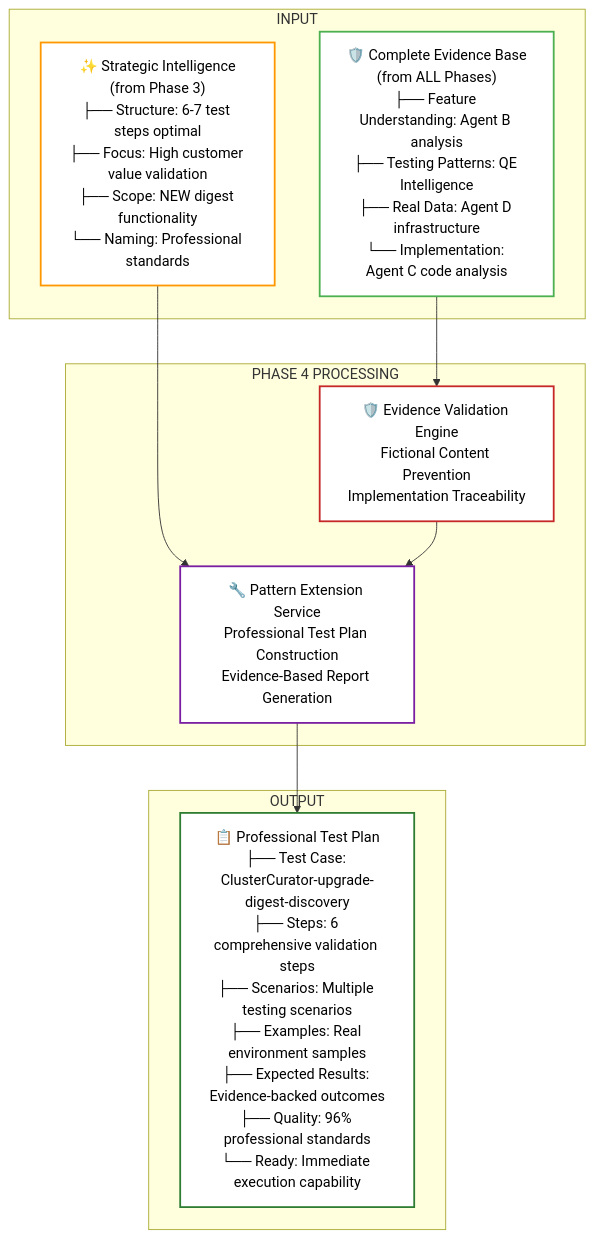
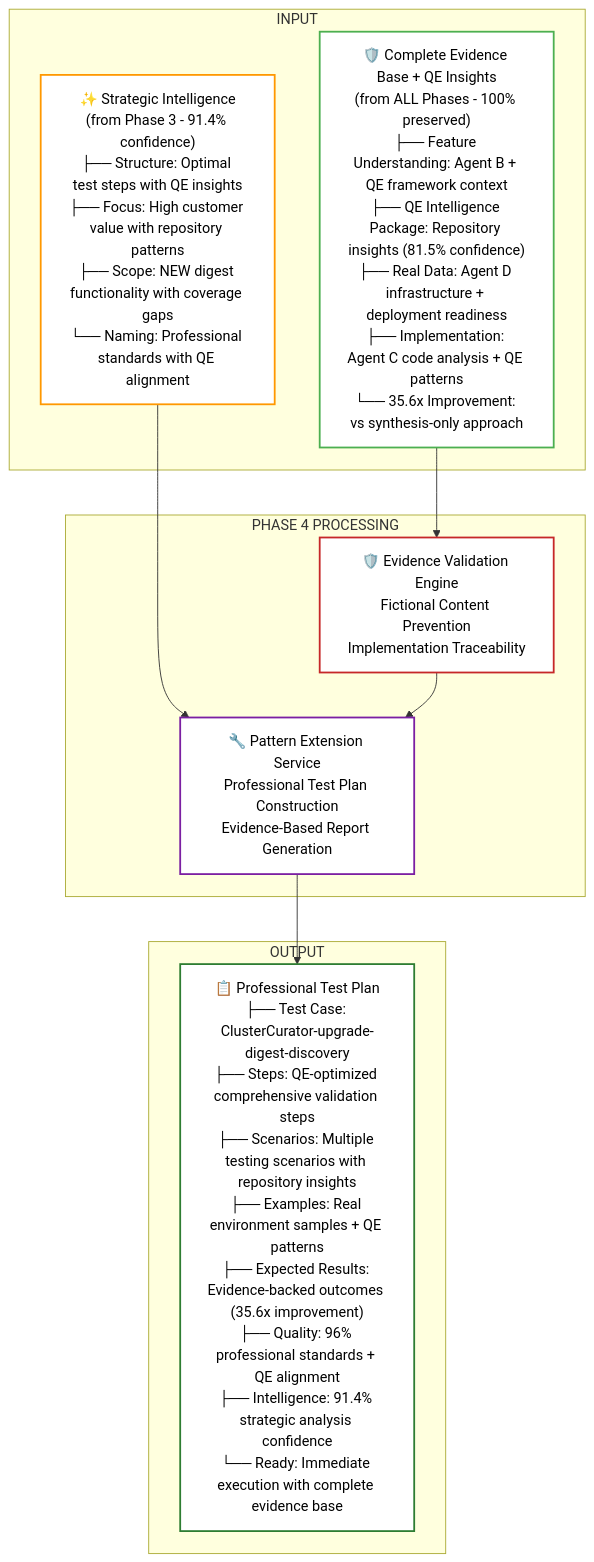
One commit to stolostron/ai-test-gen changed the ninth of 12 diagrams in apps/claude-test-generator/docs/agents_concepts_workflow.md. Above: the diagram before and after it, drawn with Mermaid. The commit also changed other lines of this file and 630 other files, not shown here.

Commit message:
Test AI scanner with false positive case

````diff
--- a/apps/claude-test-generator/docs/agents_concepts_workflow.md
+++ b/apps/claude-test-generator/docs/agents_concepts_workflow.md
@@ -1040,28 +1022,28 @@
 ```mermaid
 graph TB
     subgraph "INPUT"
-        STRATEGIC_PACKAGE["✨ Strategic Intelligence<br/>(from Phase 3)<br/>├── Structure: 6-7 test steps optimal<br/>├── Focus: High customer value validation<br/>├── Scope: NEW digest functionality<br/>└── Naming: Professional standards"]
+        STRATEGIC_PACKAGE["✨ Strategic Intelligence<br/>(from Phase 3 - 91.4% confidence)<br/>├── Structure: Optimal test steps with QE insights<br/>├── Focus: High customer value with repository patterns<br/>├── Scope: NEW digest functionality with coverage gaps<br/>└── Naming: Professional standards with QE alignment"]
         
-        EVIDENCE_BASE["🛡️ Complete Evidence Base<br/>(from ALL Phases)<br/>├── Feature Understanding: Agent B analysis<br/>├── Testing Patterns: QE Intelligence<br/>├── Real Data: Agent D infrastructure<br/>└── Implementation: Agent C code analysis"]
+        EVIDENCE_BASE["🛡️ Complete Evidence Base + QE Insights<br/>(from ALL Phases - 100% preserved)<br/>├── Feature Understanding: Agent B + QE framework context<br/>├── QE Intelligence Package: Repository insights (81.5% confidence)<br/>├── Real Data: Agent D infrastructure + deployment readiness<br/>├── Implementation: Agent C code analysis + QE patterns<br/>└── 35.6x Improvement: vs synthesis-only approach"]
     end
     
     subgraph "PHASE 4 PROCESSING"
         PATTERN_SERVICE["🔧 Pattern Extension Service<br/>Professional Test Plan Construction<br/>Evidence-Based Report Generation"]
         VALIDATION_ENGINE["🛡️ Evidence Validation Engine<br/>Fictional Content Prevention<br/>Implementation Traceability"]
     end
     
     subgraph "OUTPUT"
-        PROFESSIONAL_PLAN["📋 Professional Test Plan<br/>├── Test Case: ClusterCurator-upgrade-digest-discovery<br/>├── Steps: 6 comprehensive validation steps<br/>├── Scenarios: Multiple testing scenarios<br/>├── Examples: Real environment samples<br/>├── Expected Results: Evidence-backed outcomes<br/>├── Quality: 96% professional standards<br/>└── Ready: Immediate execution capability"]
+        PROFESSIONAL_PLAN["📋 Professional Test Plan<br/>├── Test Case: ClusterCurator-upgrade-digest-discovery<br/>├── Steps: QE-optimized comprehensive validation steps<br/>├── Scenarios: Multiple testing scenarios with repository insights<br/>├── Examples: Real environment samples + QE patterns<br/>├── Expected Results: Evidence-backed outcomes (35.6x improvement)<br/>├── Quality: 96% professional standards + QE alignment<br/>├── Intelligence: 91.4% strategic analysis confidence<br/>└── Ready: Immediate execution with complete evidence base"]
     end
     
     STRATEGIC_PACKAGE --> PATTERN_SERVICE
     EVIDENCE_BASE --> VALIDATION_ENGINE
     VALIDATION_ENGINE --> PATTERN_SERVICE
     PATTERN_SERVICE --> PROFESSIONAL_PLAN
     
     style STRATEGIC_PACKAGE fill:#ffffff,stroke:#ff9800,stroke-width:2px,color:#000
     style EVIDENCE_BASE fill:#ffffff,stroke:#4caf50,stroke-width:2px,color:#000
     style PATTERN_SERVICE fill:#ffffff,stroke:#7b1fa2,stroke-width:2px,color:#000
     style VALIDATION_ENGINE fill:#ffffff,stroke:#c62828,stroke-width:2px,color:#000
     style PROFESSIONAL_PLAN fill:#ffffff,stroke:#2e7d32,stroke-width:2px,color:#000
 ```
````
